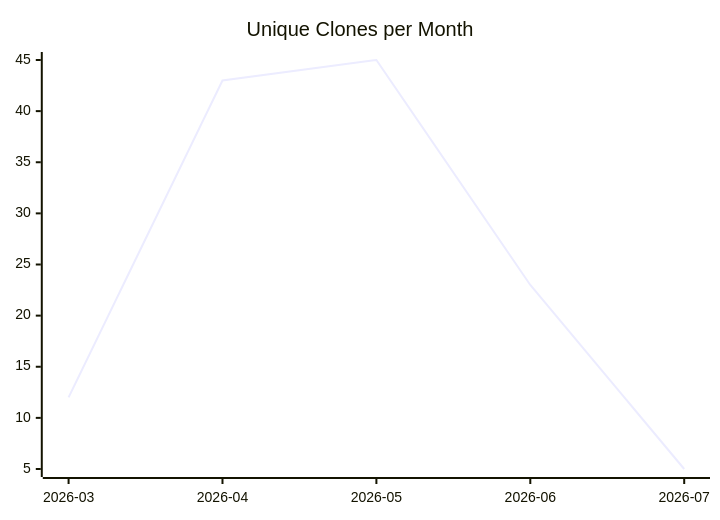
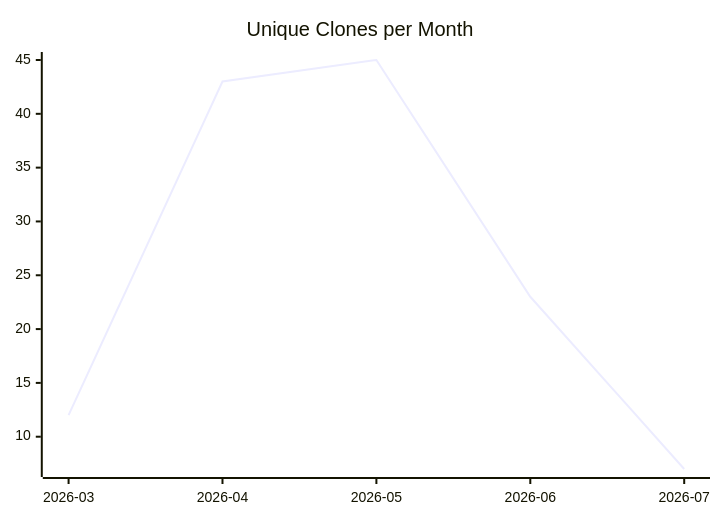
Before and after one commit to justdavis-family/github-analytics-data: the third of 3 diagrams in karlmdavis/ksoap2-android/README.md, drawn with Mermaid. The commit also changed other lines of this file and 188 other files, not shown here.

````diff
--- a/karlmdavis/ksoap2-android/README.md
+++ b/karlmdavis/ksoap2-android/README.md
@@ -19,6 +19,6 @@
 ```mermaid
 xychart-beta
   title "Unique Clones per Month"
   x-axis ["2026-03", "2026-04", "2026-05", "2026-06", "2026-07"]
-  line [12, 43, 45, 23, 5]
+  line [12, 43, 45, 23, 7]
 ```
````
